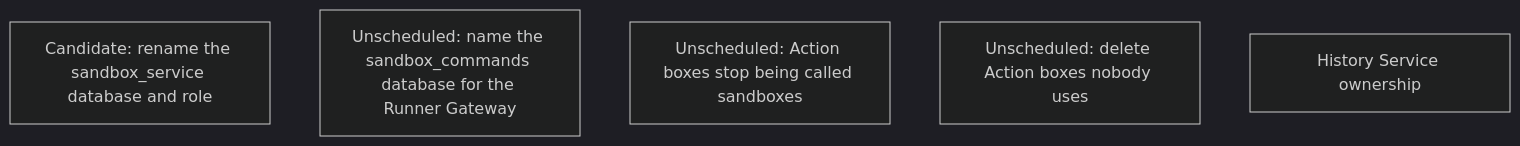
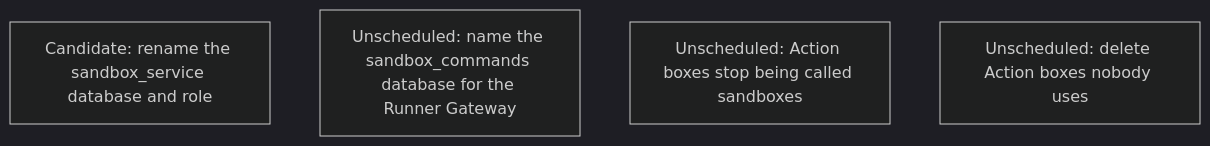
Diagram 11 of 14 in agentplane/plans/task_dag.md (agentydragon-agent/ducktape), drawn with Mermaid (dark theme) before and after one commit. The commit also changed other lines of this file and 9 other files, not shown here.

````diff
--- a/agentplane/plans/task_dag.md
+++ b/agentplane/plans/task_dag.md
@@ -781,8 +761,7 @@
 ```mermaid
 flowchart TD
     HISTORY_DATABASE_RENAME[Candidate: rename the sandbox_service database and role]
     SANDBOX_DATABASE_RENAME[Unscheduled: name the sandbox_commands database for the Runner Gateway]
     ACTION_BOX_RENAME[Unscheduled: Action boxes stop being called sandboxes]
     ACTION_BOX_IDLE_REAPER[Unscheduled: delete Action boxes nobody uses]
-    HISTORY_SERVICE_OWNERSHIP[History Service ownership]
 ```
````
